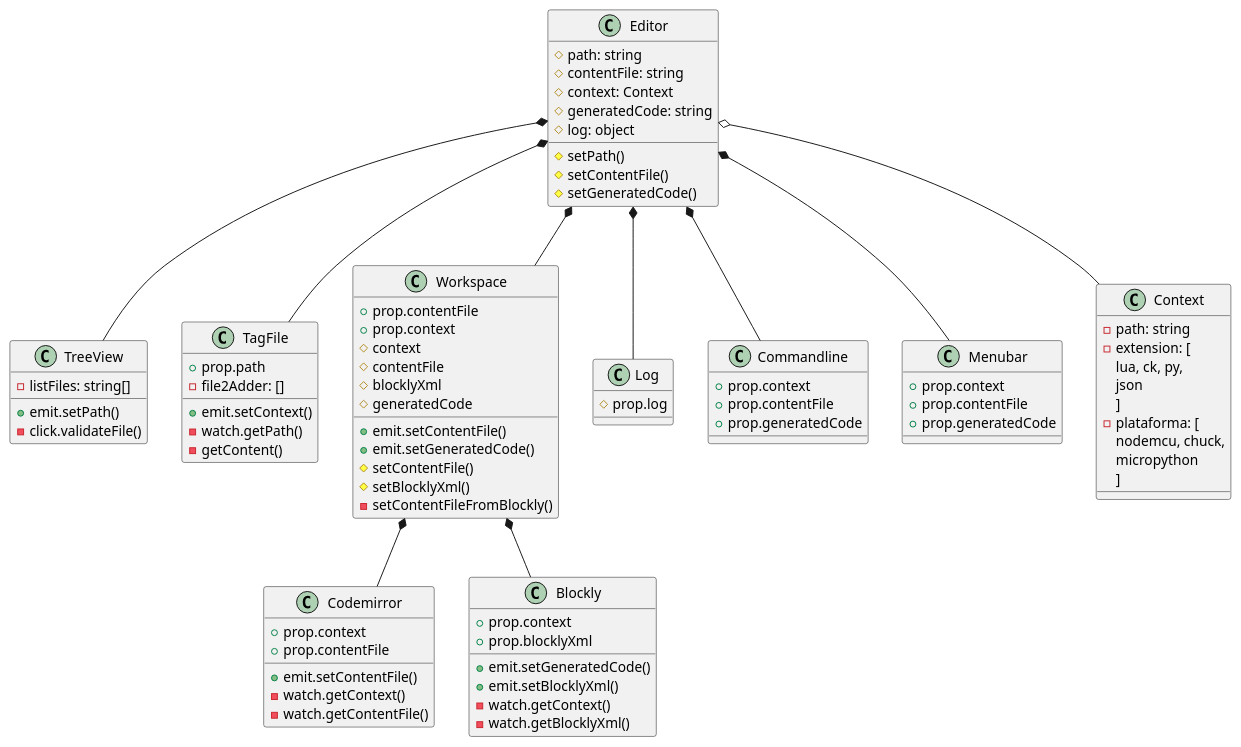
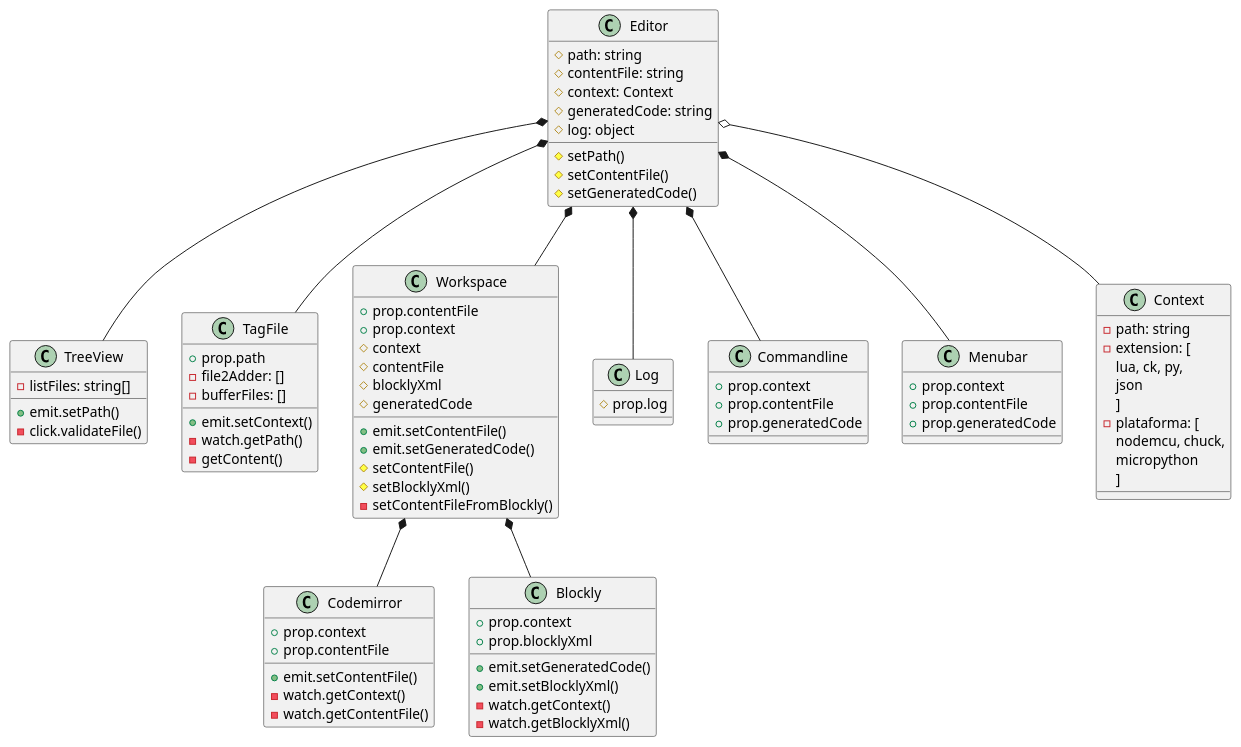
The diagram in gitAndPackages/catalejo-editor/editor-class.pu (johnnycubides/swissknife), drawn with PlantUML before and after one commit.

```diff
--- a/gitAndPackages/catalejo-editor/editor-class.pu
+++ b/gitAndPackages/catalejo-editor/editor-class.pu
@@ -1,88 +1,89 @@
 @startuml
 "Editor" *-- "TreeView"
 "Editor" *-- "TagFile"
 "Editor" *-- "Workspace"
 "Editor" *-- "Log"
 "Editor" *-- "Commandline"
 "Editor" *-- "Menubar"
 "Editor" o-- "Context"
 
 "Workspace" *-- "Codemirror"
 "Workspace" *-- "Blockly"
 
 class "Editor" {
   #path: string
   #contentFile: string
   #context: Context
   #generatedCode: string
   #log: object
   #setPath()
   #setContentFile()
   #setGeneratedCode()
 }
 class "Context" {
   -path: string
   -extension: [
   lua, ck, py,
   json
   ]
   -plataforma: [
   nodemcu, chuck,
   micropython
   ]
 }
 class "TreeView" {
   -listFiles: string[]
   +emit.setPath()
   -click.validateFile()
 }
 class "TagFile" {
   +prop.path
   -file2Adder: []
+  -bufferFiles: []
   +emit.setContext()
   -watch.getPath()
   -getContent()
 }
 class "Workspace" {
   +prop.contentFile
   +prop.context
   #context
   #contentFile
   #blocklyXml
   #generatedCode
   +emit.setContentFile()
   +emit.setGeneratedCode()
   #setContentFile()
   #setBlocklyXml()
   -setContentFileFromBlockly()
 }
 class "Blockly" {
   +prop.context
   +prop.blocklyXml
   +emit.setGeneratedCode()
   +emit.setBlocklyXml()
   -watch.getContext()
   -watch.getBlocklyXml()
 }
 class "Codemirror" {
   +prop.context
   +prop.contentFile
   +emit.setContentFile()
   -watch.getContext()
   -watch.getContentFile()
 }
 class "Log" {
   #prop.log
 }
 class "Commandline" {
   +prop.context
   +prop.contentFile
   +prop.generatedCode
 }
 class "Menubar" {
   +prop.context
   +prop.contentFile
   +prop.generatedCode
 }
 
 @enduml
```
